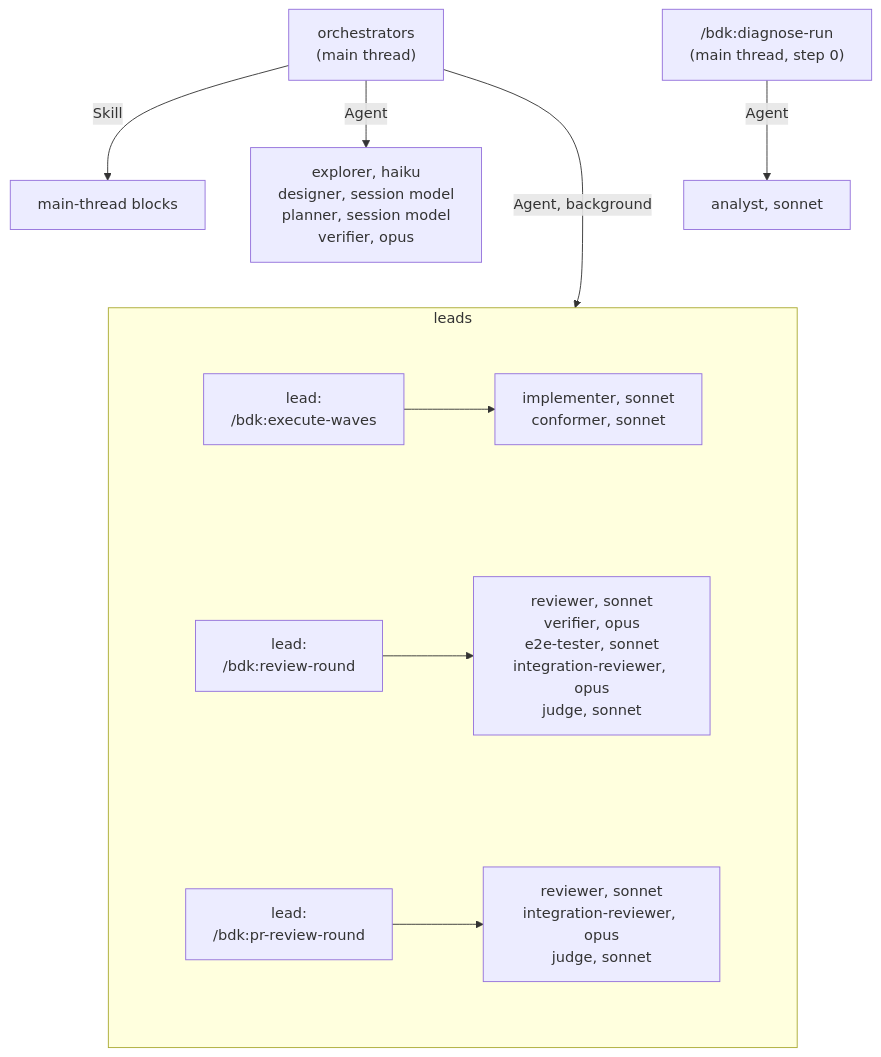
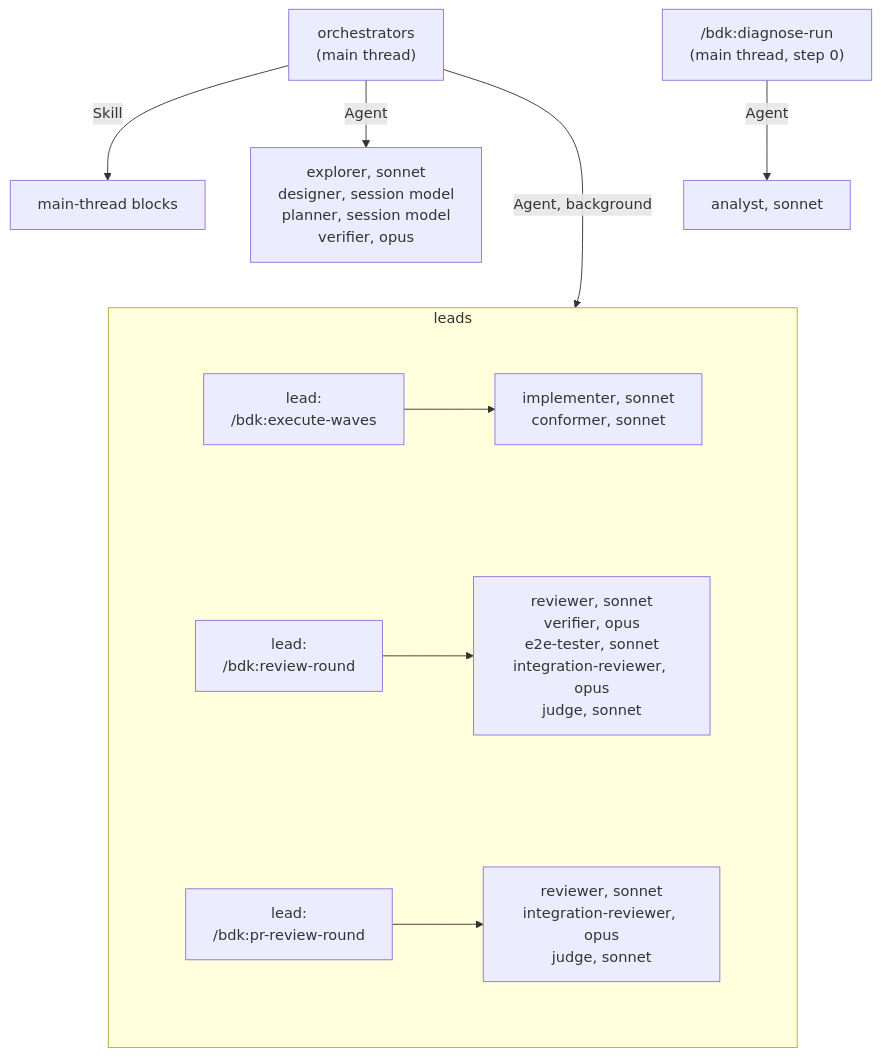
The diagram in docs/concepts/agents.md (broneq/bdk), drawn with Mermaid before and after one commit. The commit also changed other lines of this file and 25 other files, not shown here.

First line of the commit message:
feat(skills): run bdk:explorer on sonnet and map how the project runs its tests

````diff
--- a/docs/concepts/agents.md
+++ b/docs/concepts/agents.md
@@ -11,29 +11,29 @@
 ```mermaid
 flowchart TB
   O["orchestrators<br/>(main thread)"]
   O -->|"Skill"| MB["main-thread blocks"]
-  O -->|"Agent"| AG["explorer, haiku<br/>designer, session model<br/>planner, session model<br/>verifier, opus"]
+  O -->|"Agent"| AG["explorer, sonnet<br/>designer, session model<br/>planner, session model<br/>verifier, opus"]
   D["/bdk:diagnose-run<br/>(main thread, step 0)"]
   D -->|"Agent"| AN["analyst, sonnet"]
   O -->|"Agent, background"| LEADS
   AG ~~~ LEADS
   subgraph LEADS["leads"]
     direction TB
     subgraph S1[" "]
       direction LR
       L1["lead:<br/>/bdk:execute-waves"] --> W1["implementer, sonnet<br/>conformer, sonnet"]
     end
     subgraph S2[" "]
       direction LR
       L2["lead:<br/>/bdk:review-round"] --> W2["reviewer, sonnet<br/>verifier, opus<br/>e2e-tester, sonnet<br/>integration-reviewer, opus<br/>judge, sonnet"]
     end
     subgraph S3[" "]
       direction LR
       L3["lead:<br/>/bdk:pr-review-round"] --> W3["reviewer, sonnet<br/>integration-reviewer, opus<br/>judge, sonnet"]
     end
     S1 ~~~ S2 ~~~ S3
   end
   style S1 fill:transparent,stroke:transparent
   style S2 fill:transparent,stroke:transparent
   style S3 fill:transparent,stroke:transparent
 ```
````
